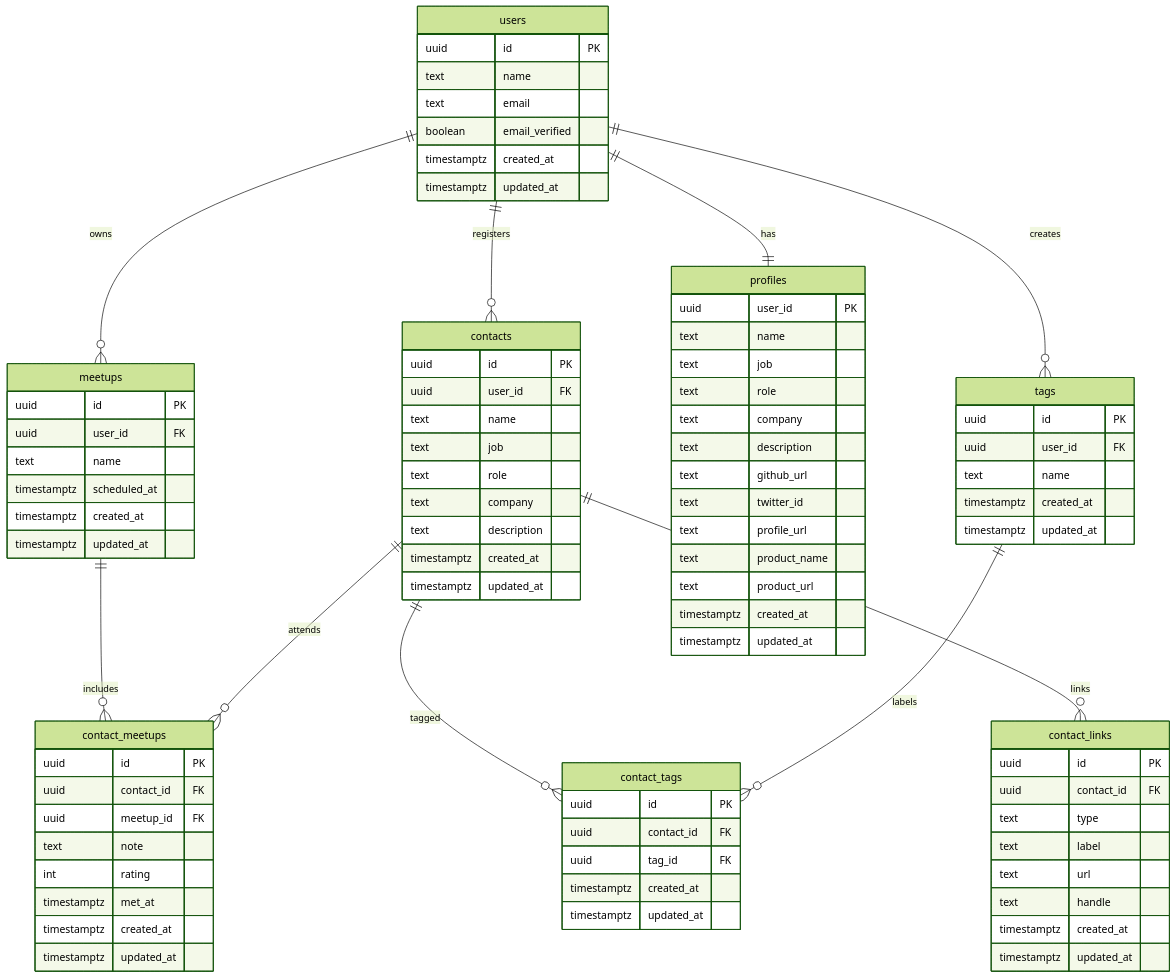
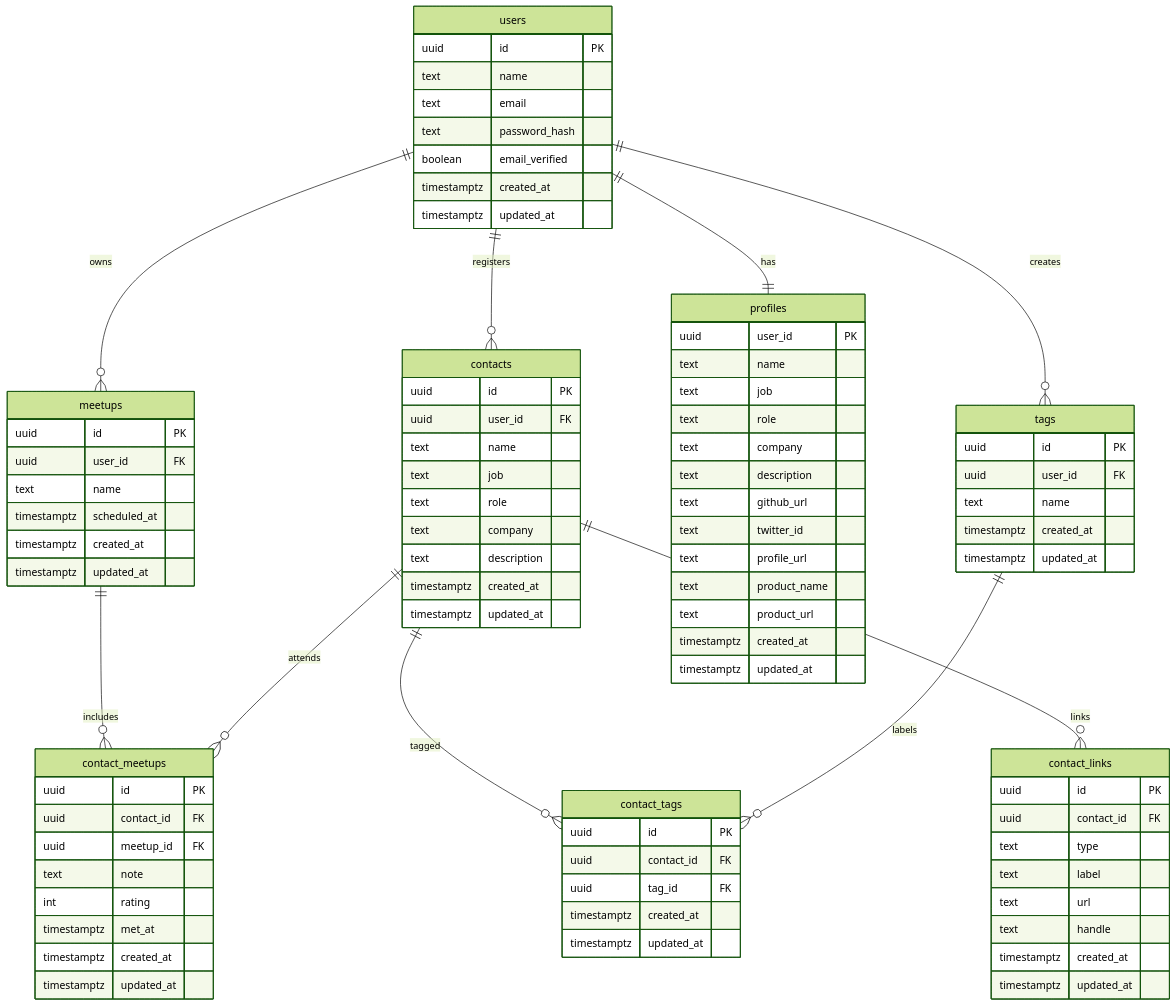
Before and after one commit to gs223gs/remeet-web: the diagram in docs/設計/db設計.md, drawn with Mermaid (forest theme). The commit also changed other lines of this file and 3 other files, not shown here.

```diff
--- a/docs/設計/db設計.md
+++ b/docs/設計/db設計.md
@@ -109,6 +110,7 @@
         uuid id PK
         text name
         text email
+        text password_hash
         boolean email_verified
         timestamptz created_at
         timestamptz updated_at
```
